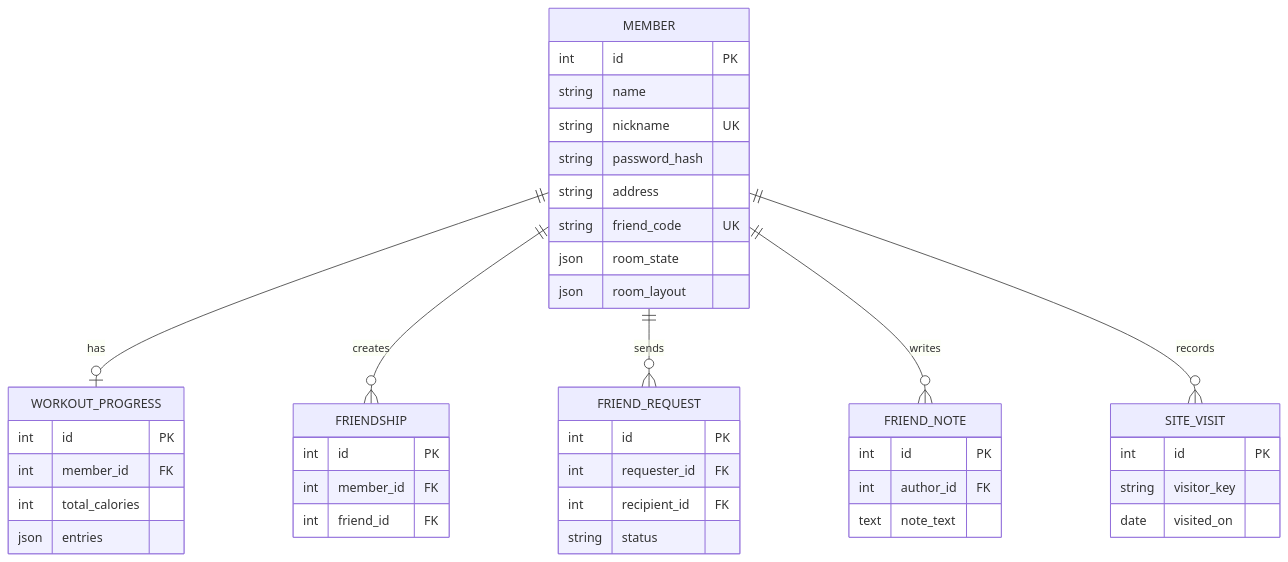
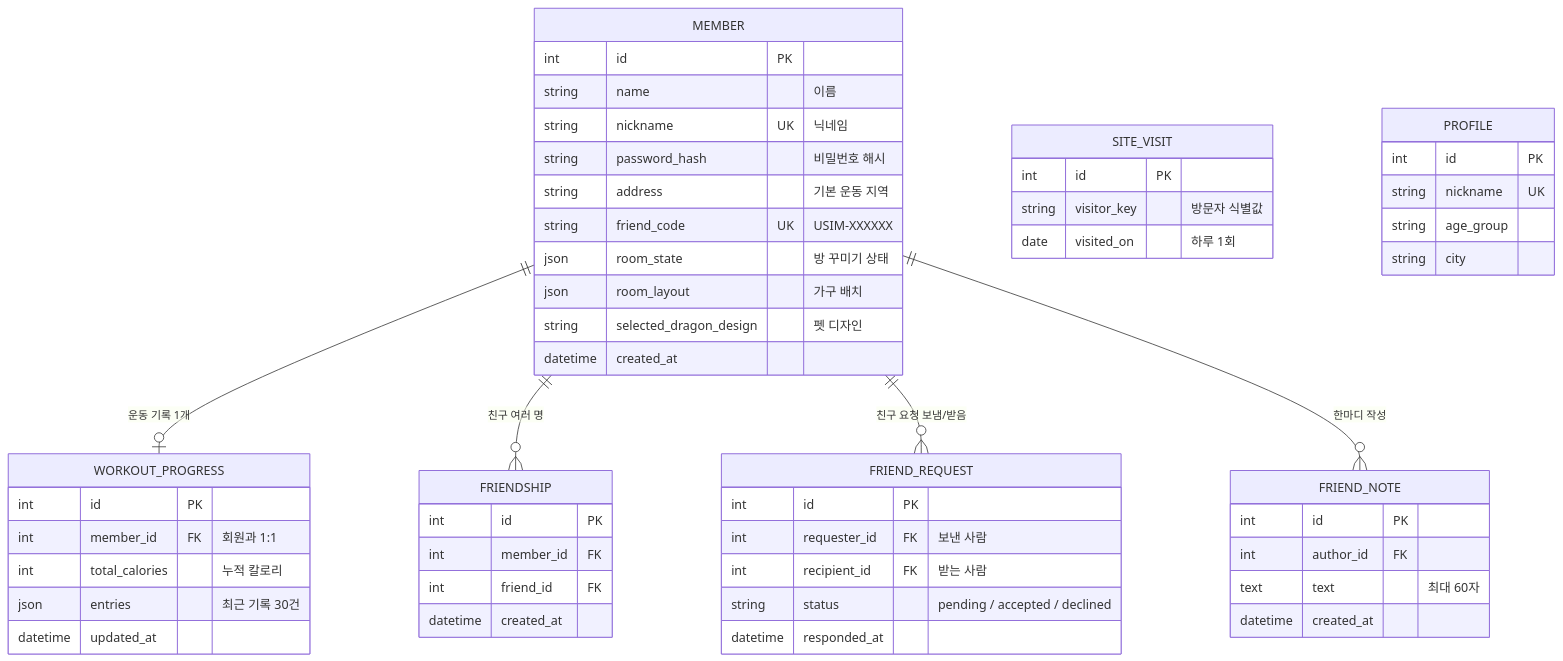
Before and after one commit to encore-ai-campus/mlo-02-p1-team3: the sixth of 19 diagrams in README.md, drawn with Mermaid. The commit also changed other lines of this file, not shown here.

````diff
--- a/README.md
+++ b/README.md
@@ -369,45 +425,57 @@
 ```mermaid
 erDiagram
-    MEMBER ||--o| WORKOUT_PROGRESS : has
-    MEMBER ||--o{ FRIENDSHIP : creates
-    MEMBER ||--o{ FRIEND_REQUEST : sends
-    MEMBER ||--o{ FRIEND_NOTE : writes
-    MEMBER ||--o{ SITE_VISIT : records
+    MEMBER ||--o| WORKOUT_PROGRESS : "운동 기록 1개"
+    MEMBER ||--o{ FRIENDSHIP : "친구 여러 명"
+    MEMBER ||--o{ FRIEND_REQUEST : "친구 요청 보냄/받음"
+    MEMBER ||--o{ FRIEND_NOTE : "한마디 작성"
+
     MEMBER {
         int id PK
-        string name
-        string nickname UK
-        string password_hash
-        string address
-        string friend_code UK
-        json room_state
-        json room_layout
+        string name "이름"
+        string nickname UK "닉네임"
+        string password_hash "비밀번호 해시"
+        string address "기본 운동 지역"
+        string friend_code UK "USIM-XXXXXX"
+        json room_state "방 꾸미기 상태"
+        json room_layout "가구 배치"
+        string selected_dragon_design "펫 디자인"
+        datetime created_at
     }
     WORKOUT_PROGRESS {
         int id PK
-        int member_id FK
-        int total_calories
-        json entries
+        int member_id FK "회원과 1:1"
+        int total_calories "누적 칼로리"
+        json entries "최근 기록 30건"
+        datetime updated_at
     }
     FRIENDSHIP {
         int id PK
         int member_id FK
         int friend_id FK
+        datetime created_at
     }
     FRIEND_REQUEST {
         int id PK
-        int requester_id FK
-        int recipient_id FK
-        string status
+        int requester_id FK "보낸 사람"
+        int recipient_id FK "받는 사람"
+        string status "pending / accepted / declined"
+        datetime responded_at
     }
     FRIEND_NOTE {
         int id PK
         int author_id FK
-        text note_text
+        text text "최대 60자"
+        datetime created_at
     }
     SITE_VISIT {
         int id PK
-        string visitor_key
-        date visited_on
+        string visitor_key "방문자 식별값"
+        date visited_on "하루 1회"
+    }
+    PROFILE {
+        int id PK
+        string nickname UK
+        string age_group
+        string city
     }
 ```
````
